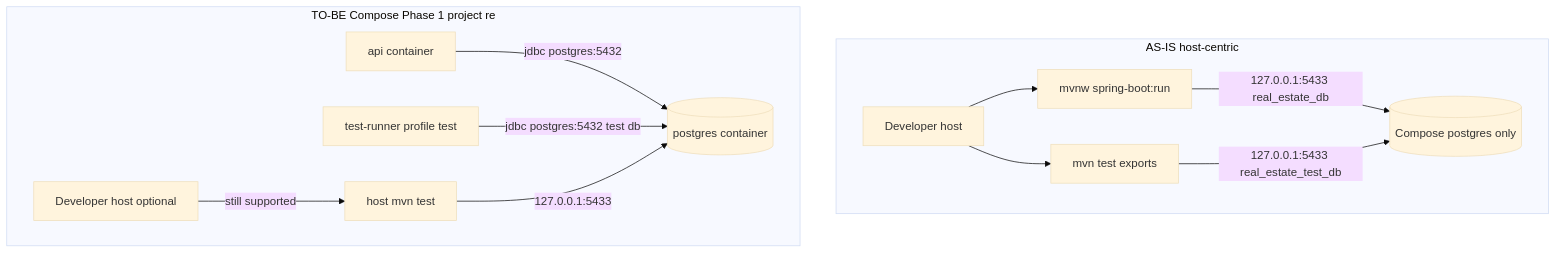
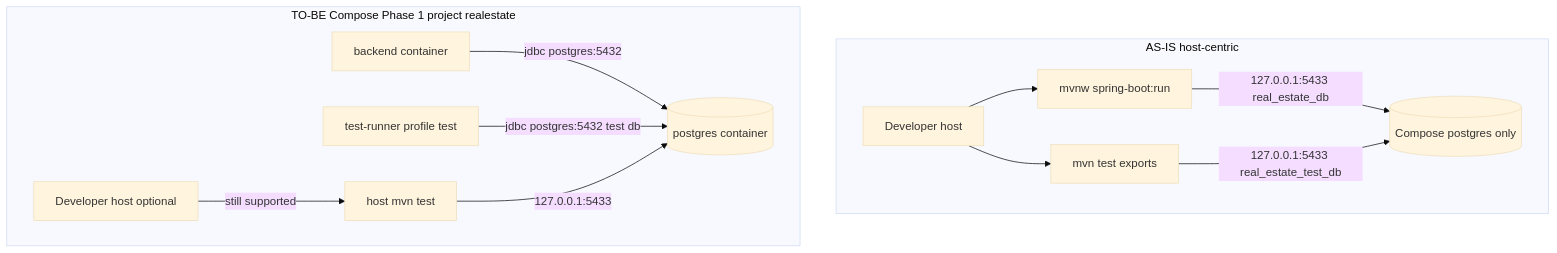
One commit to fdeniz07/RealEstateBackend changed the first of 4 diagrams in docs/03-architecture/infrastructure/assets/DOCKER-COMPOSE-ARCHITECTURE.md. Above: the diagram before and after it, drawn with Mermaid (base theme). The commit also changed other lines of this file and 7 other files, not shown here.

Commit message:
feat(docker): rename compose project to realestate

````diff
--- a/docs/03-architecture/infrastructure/assets/DOCKER-COMPOSE-ARCHITECTURE.md
+++ b/docs/03-architecture/infrastructure/assets/DOCKER-COMPOSE-ARCHITECTURE.md
@@ -34,23 +34,23 @@
 ```mermaid
 flowchart TB
   subgraph asis [AS-IS host-centric]
     H1[Developer host]
     MVN[mvnw spring-boot:run]
     T1[mvn test exports]
     CP[(Compose postgres only)]
     H1 --> MVN
     H1 --> T1
     MVN -->|127.0.0.1:5433 real_estate_db| CP
     T1 -->|127.0.0.1:5433 real_estate_test_db| CP
   end
-  subgraph tobe [TO-BE Compose Phase 1 project re]
+  subgraph tobe [TO-BE Compose Phase 1 project realestate]
     H2[Developer host optional]
-    API[api container]
+    BE[backend container]
     PG[(postgres container)]
     TR[test-runner profile test]
     H2 -->|still supported| T2[host mvn test]
-    API -->|jdbc postgres:5432| PG
+    BE -->|jdbc postgres:5432| PG
     TR -->|jdbc postgres:5432 test db| PG
     T2 -->|127.0.0.1:5433| PG
   end
 ```
````
